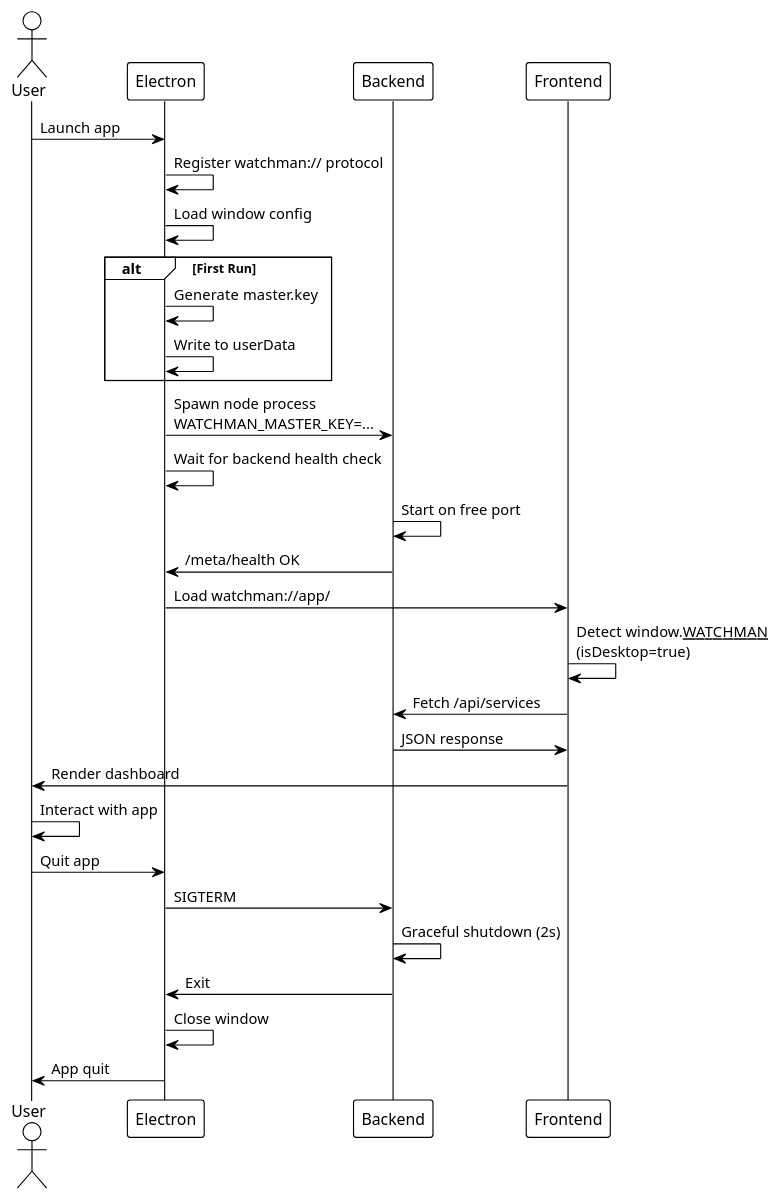
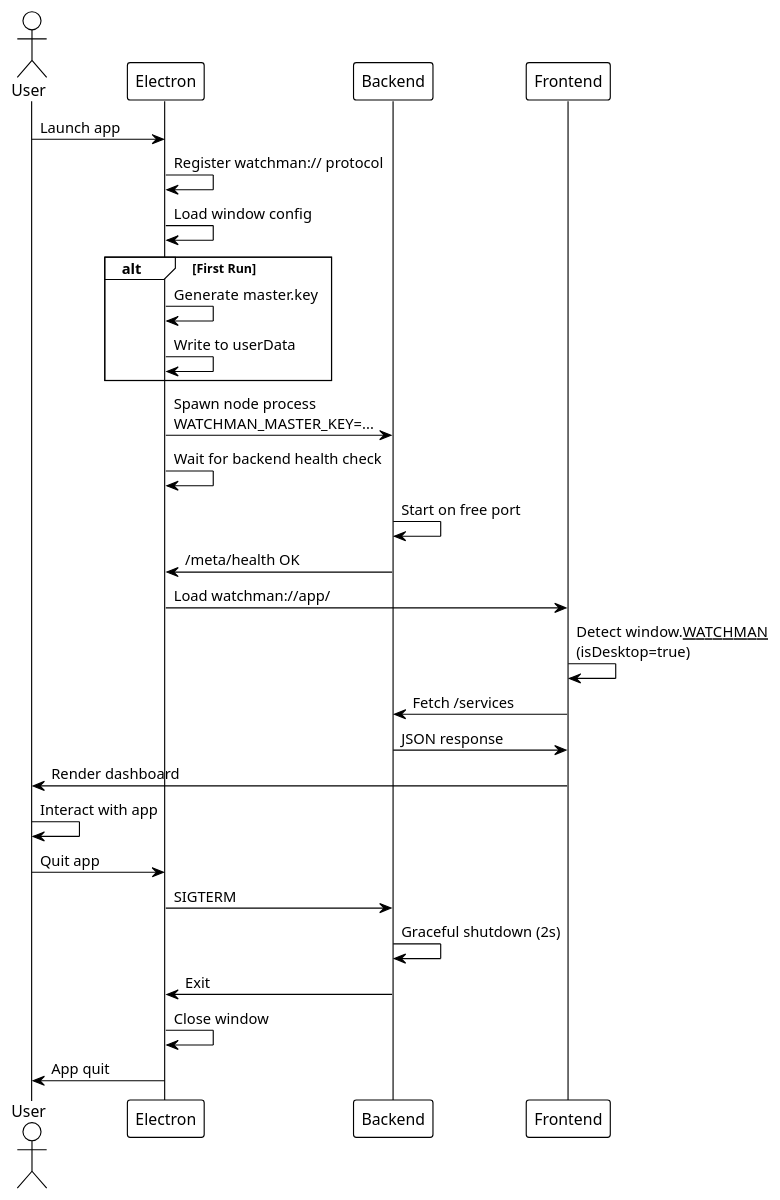
One commit to EraPartner/Watchman changed the first of 2 diagrams in docs/guides/running-the-desktop-app.md. Above: the diagram before and after it, drawn with PlantUML. The commit also changed other lines of this file and 32 other files, not shown here.

````diff
--- a/docs/guides/running-the-desktop-app.md
+++ b/docs/guides/running-the-desktop-app.md
@@ -319,41 +317,41 @@
 ```plantuml
 @startuml
 !theme plain
 
 actor "User" as User
 participant "Electron" as Electron
 participant "Backend" as Backend
 participant "Frontend" as Frontend
 
 User -> Electron: Launch app
 Electron -> Electron: Register watchman:// protocol
 Electron -> Electron: Load window config
 
 alt First Run
     Electron -> Electron: Generate master.key
     Electron -> Electron: Write to userData
 end
 
 Electron -> Backend: Spawn node process\nWATCHMAN_MASTER_KEY=...
 Electron -> Electron: Wait for backend health check
 Backend -> Backend: Start on free port
 Backend -> Electron: /meta/health OK
 
 Electron -> Frontend: Load watchman://app/
 Frontend -> Frontend: Detect window.__WATCHMAN__\n(isDesktop=true)
-Frontend -> Backend: Fetch /api/services
+Frontend -> Backend: Fetch /services
 Backend -> Frontend: JSON response
 Frontend -> User: Render dashboard
 
 User -> User: Interact with app
 
 User -> Electron: Quit app
 Electron -> Backend: SIGTERM
 Backend -> Backend: Graceful shutdown (2s)
 Backend -> Electron: Exit
 
 Electron -> Electron: Close window
 Electron -> User: App quit
 
 @enduml
 ```
````
